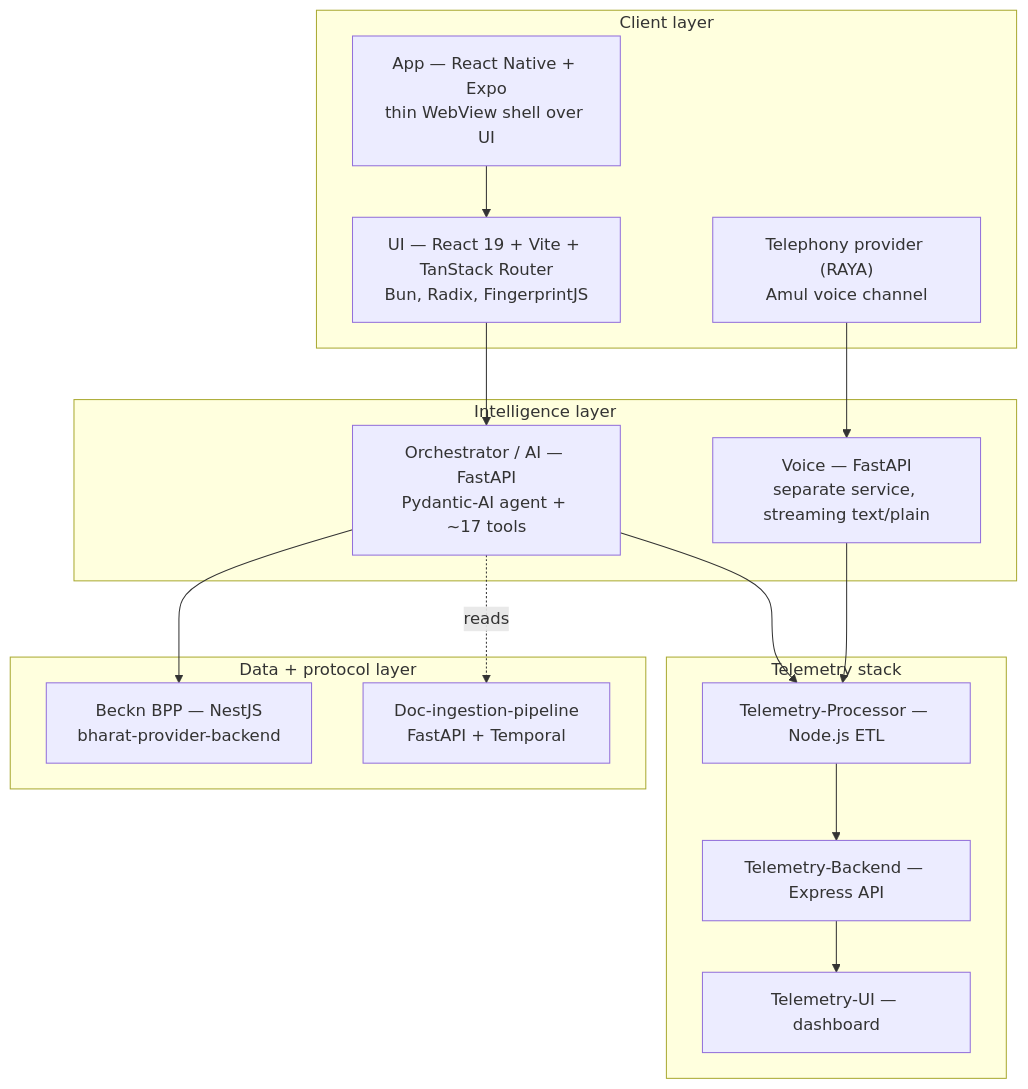
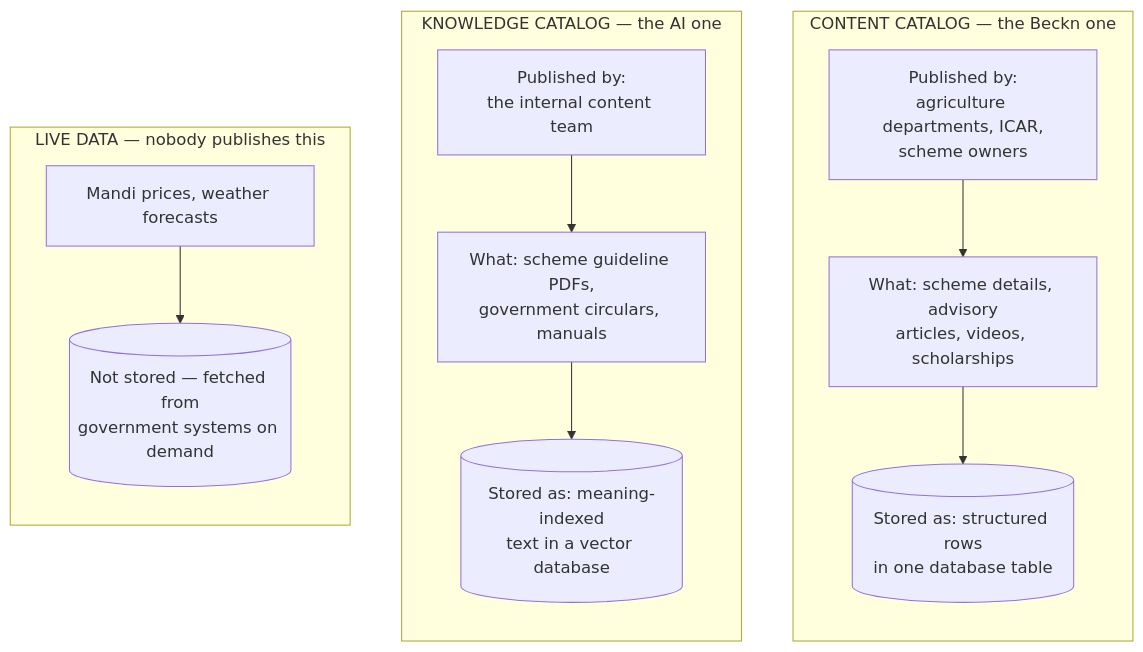
The first of 3 diagrams in ARCHITECTURE.md (manjudr/documents), drawn with Mermaid before and after one commit. The commit also changed other lines of this file, not shown here.

First line of the commit message:
Rewrite for clarity: plain-language publish and discover

````diff
--- a/ARCHITECTURE.md
+++ b/ARCHITECTURE.md
@@ -30,33 +26,25 @@
 ```mermaid
 graph TB
-  subgraph Client["Client layer"]
-    Web["UI — React 19 + Vite + TanStack Router<br/>Bun, Radix, FingerprintJS"]
-    App["App — React Native + Expo<br/>thin WebView shell over UI"]
-    Phone["Telephony provider (RAYA)<br/>Amul voice channel"]
+  subgraph C1["CONTENT CATALOG — the Beckn one"]
+    direction TB
+    P1["Published by:<br/>agriculture departments, ICAR,<br/>scheme owners"]
+    W1["What: scheme details, advisory<br/>articles, videos, scholarships"]
+    S1[("Stored as: structured rows<br/>in one database table")]
+    P1 --> W1 --> S1
   end
 
-  subgraph Brain["Intelligence layer"]
-    Orc["Orchestrator / AI — FastAPI<br/>Pydantic-AI agent + ~17 tools"]
-    Voice["Voice — FastAPI<br/>separate service, streaming text/plain"]
+  subgraph C2["KNOWLEDGE CATALOG — the AI one"]
+    direction TB
+    P2["Published by:<br/>the internal content team"]
+    W2["What: scheme guideline PDFs,<br/>government circulars, manuals"]
+    S2[("Stored as: meaning-indexed<br/>text in a vector database")]
+    P2 --> W2 --> S2
   end
 
-  subgraph Data["Data + protocol layer"]
-    Beckn["Beckn BPP — NestJS<br/>bharat-provider-backend"]
-    Pipeline["Doc-ingestion-pipeline<br/>FastAPI + Temporal"]
+  subgraph C3["LIVE DATA — nobody publishes this"]
+    direction TB
+    W3["Mandi prices, weather forecasts"]
+    S3[("Not stored — fetched from<br/>government systems on demand")]
+    W3 --> S3
   end
-
-  subgraph Obs["Telemetry stack"]
-    TProc["Telemetry-Processor — Node.js ETL"]
-    TBack["Telemetry-Backend — Express API"]
-    TUI["Telemetry-UI — dashboard"]
-  end
-
-  Web --> Orc
-  App --> Web
-  Phone --> Voice
-  Orc --> Beckn
-  Orc -.reads.-> Pipeline
-  Orc --> TProc
-  Voice --> TProc
-  TProc --> TBack --> TUI
 ```
````
